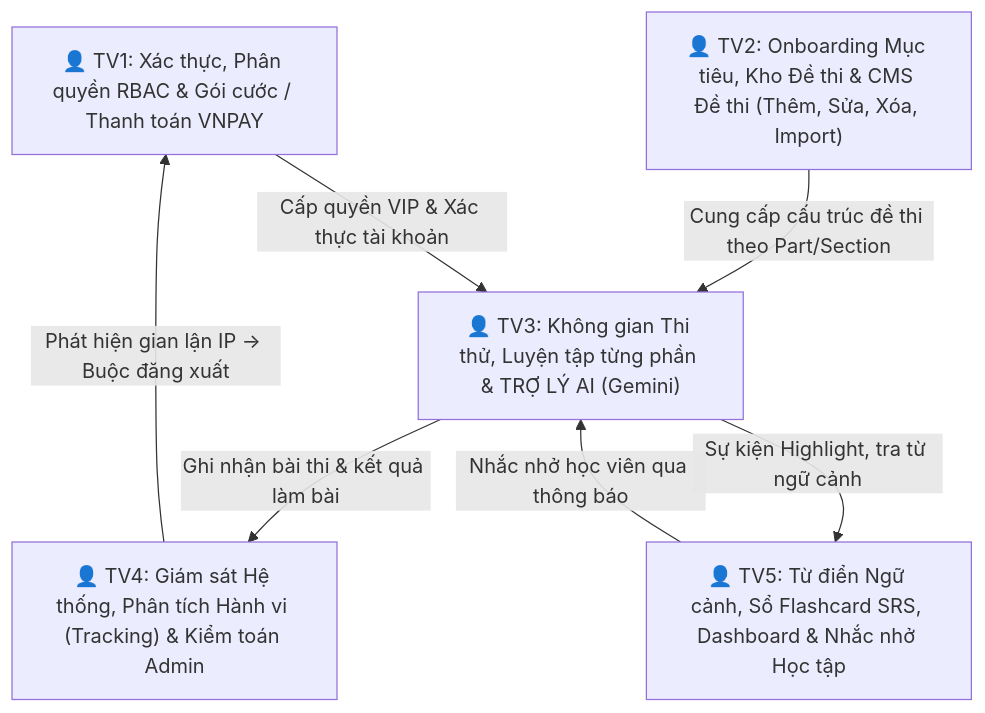
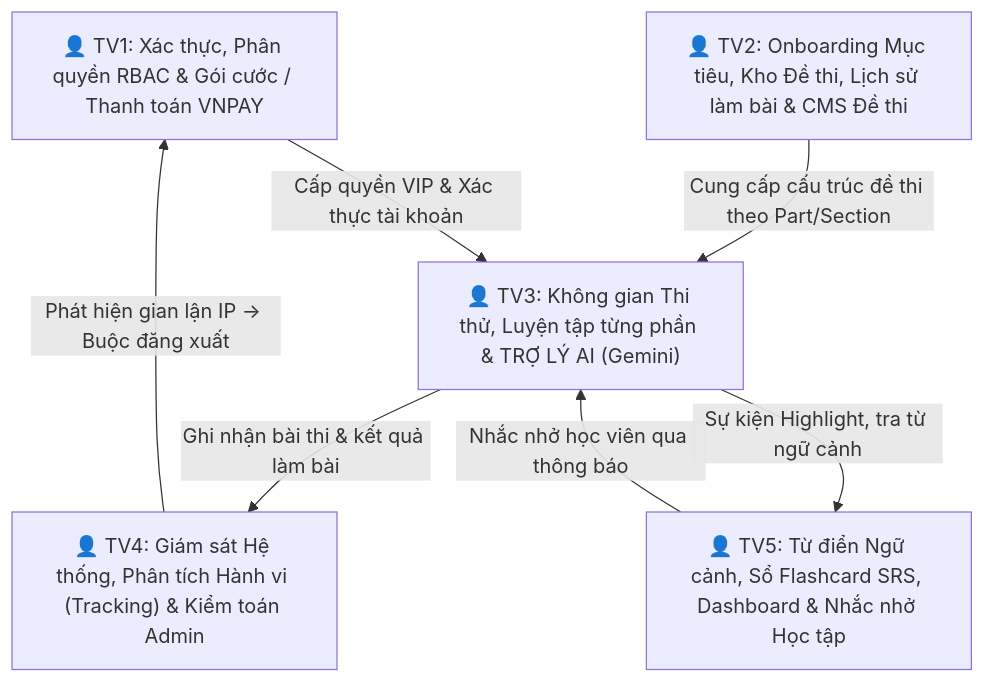
Before and after one commit to Multilingo-Platform/multilingo-platform: the first of 6 diagrams in PHAN_CONG_NHIEM_VU_5_NGUOI.md, drawn with Mermaid. The commit also changed other lines of this file and 16 other files, not shown here.

````diff
--- a/PHAN_CONG_NHIEM_VU_5_NGUOI.md
+++ b/PHAN_CONG_NHIEM_VU_5_NGUOI.md
@@ -27,15 +27,15 @@
 ```mermaid
 graph TD
     TV1["👤 TV1: Xác thực, Phân quyền RBAC & Gói cước / Thanh toán VNPAY"]
-    TV2["👤 TV2: Onboarding Mục tiêu, Kho Đề thi & CMS Đề thi (Thêm, Sửa, Xóa, Import)"]
+    TV2["👤 TV2: Onboarding Mục tiêu, Kho Đề thi, Lịch sử làm bài & CMS Đề thi"]
     TV3["👤 TV3: Không gian Thi thử, Luyện tập từng phần & TRỢ LÝ AI (Gemini)"]
     TV4["👤 TV4: Giám sát Hệ thống, Phân tích Hành vi (Tracking) & Kiểm toán Admin"]
     TV5["👤 TV5: Từ điển Ngữ cảnh, Sổ Flashcard SRS, Dashboard & Nhắc nhở Học tập"]
 
     TV2 -->|"Cung cấp cấu trúc đề thi theo Part/Section"| TV3
     TV1 -->|"Cấp quyền VIP & Xác thực tài khoản"| TV3
     TV3 -->|"Ghi nhận bài thi & kết quả làm bài"| TV4
     TV3 -->|"Sự kiện Highlight, tra từ ngữ cảnh"| TV5
     TV4 -->|"Phát hiện gian lận IP -> Buộc đăng xuất"| TV1
     TV5 -->|"Nhắc nhở học viên qua thông báo"| TV3
 ```
````
